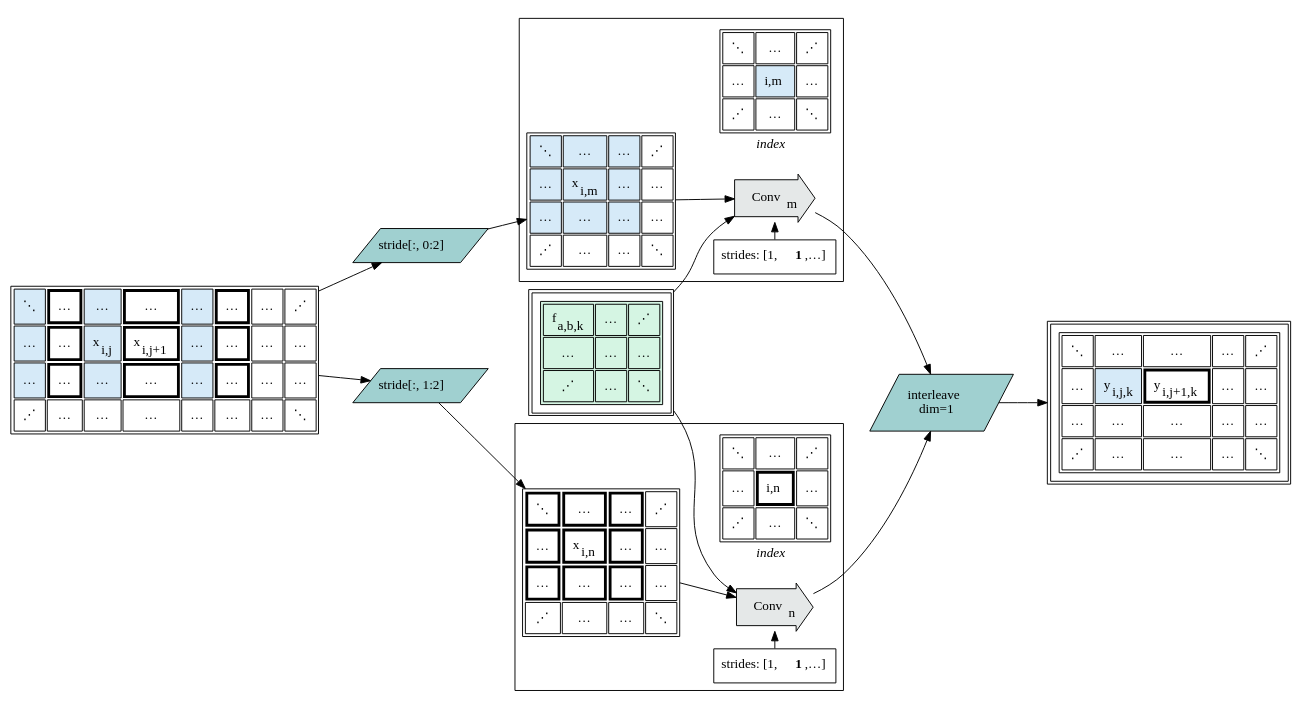
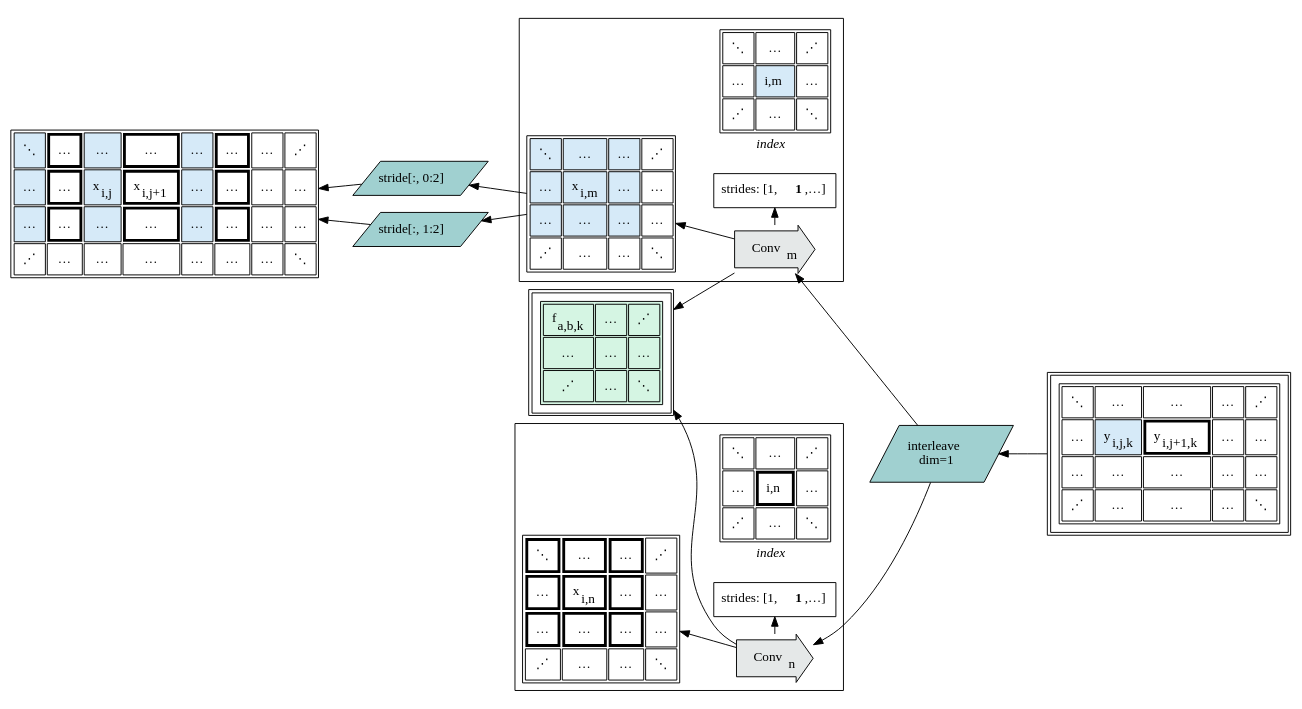
Before and after one commit to crutcher/crutcher.github.io-source: diagram 37 of 58 in source/Tapestry/index.md, drawn with Graphviz. The commit also changed other lines of this file, not shown here.

Commit message:
migrate graphs to RL; add some semantic type notes.

````diff
--- a/source/Tapestry/index.md
+++ b/source/Tapestry/index.md
@@ -5164,6 +5460,6 @@
 ```graphviz
 digraph G {
-  rankdir=LR;
+  rankdir=RL;
 
   subgraph cluster_0 {
   idx0 [
@@ -5241,8 +5537,8 @@
       label=<strides: [1,<b>1</b>,…]>,
       shape=rectangle,
   ];
-
-  strides0 -> Conv0;
+  
+  Conv0 -> strides0;
 
   { rank=same; idx0; Conv0; strides0; }
   }
@@ -5321,8 +5617,8 @@
       label=<strides: [1,<b>1</b>,…]>,
       shape=rectangle,
   ];
-
-  strides1 -> Conv1;
+  
+  Conv1 -> strides1;
 
   { rank=same; idx1; Conv1; strides1; }
   }
@@ -5392,9 +5688,9 @@
     fillcolor="#a0d0d0",
     color=black,
   ];
-
-  X -> S0 -> X0;
-  X -> S1 -> X1;
+  
+  X0 -> S0 -> X;
+  X0 -> S1 -> X;
 
   F [
       shape="plain",
@@ -5464,15 +5760,15 @@
         </table>
       >,
   ];
+  
+  Conv0 -> X0;
+  Conv0 -> F;
+  SI -> Conv0;
+  
+  Conv1 -> X1;
+  Conv1 -> F;
+  SI -> Conv1;
 
-  X0 -> Conv0;
-  F -> Conv0;
-  Conv0 -> SI;
-
-  X1 -> Conv1;
-  F -> Conv1;
-  Conv1 -> SI;
-  
   SI [
     label=<
        <table border="0" cellspacing="0" cellpadding="0">
@@ -5487,6 +5783,6 @@
     color=black,
   ];
   
-  SI -> Y;
+  Y -> SI;
 }
 ```
````
